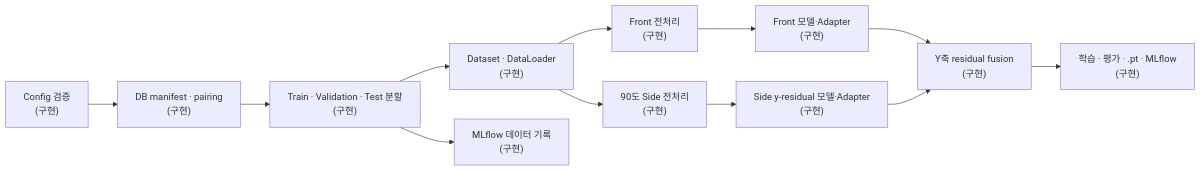
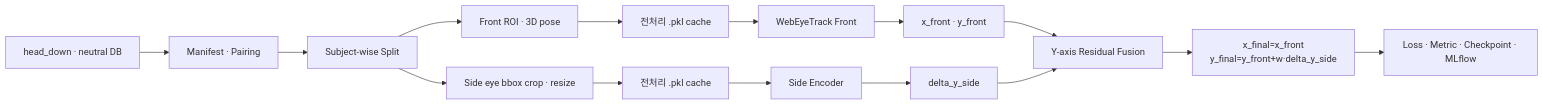
Before and after one commit to ggulNote/eye-tracking-ml: the diagram in README.md, drawn with Mermaid. The commit also changed other lines of this file and 51 other files, not shown here.

````diff
--- a/README.md
+++ b/README.md
@@ -11,14 +9,17 @@
 ```mermaid
 flowchart LR
-    C["Config 검증<br/>(구현)"] --> M["DB manifest · pairing<br/>(구현)"]
-    M --> S["Train · Validation · Test 분할<br/>(구현)"]
-    S --> D["Dataset · DataLoader<br/>(구현)"]
-    S --> R["MLflow 데이터 기록<br/>(구현)"]
-    D --> F["Front 전처리<br/>(구현)"]
-    D --> P["90도 Side 전처리<br/>(구현)"]
-    F --> FT["Front 모델·Adapter<br/>(구현)"]
-    P --> ST["Side y-residual 모델·Adapter<br/>(구현)"]
-    FT --> L["Y축 residual fusion<br/>(구현)"]
-    ST --> L
-    L --> E["학습 · 평가 · .pt · MLflow<br/>(구현)"]
+    DB["head_down · neutral DB"] --> M["Manifest · Pairing"]
+    M --> S["Subject-wise Split"]
+    S --> FPRE["Front ROI · 3D pose"]
+    S --> SPRE["Side eye bbox crop · resize"]
+    FPRE --> FCACHE["전처리 .pkl cache"]
+    SPRE --> SCACHE["전처리 .pkl cache"]
+    FCACHE --> FRONT["WebEyeTrack Front"]
+    SCACHE --> SIDE["Side Encoder"]
+    FRONT --> FOUT["x_front · y_front"]
+    SIDE --> SOUT["delta_y_side"]
+    FOUT --> FUSION["Y-axis Residual Fusion"]
+    SOUT --> FUSION
+    FUSION --> OUT["x_final=x_front<br/>y_final=y_front+w·delta_y_side"]
+    OUT --> TRACK["Loss · Metric · Checkpoint · MLflow"]
 ```
````
